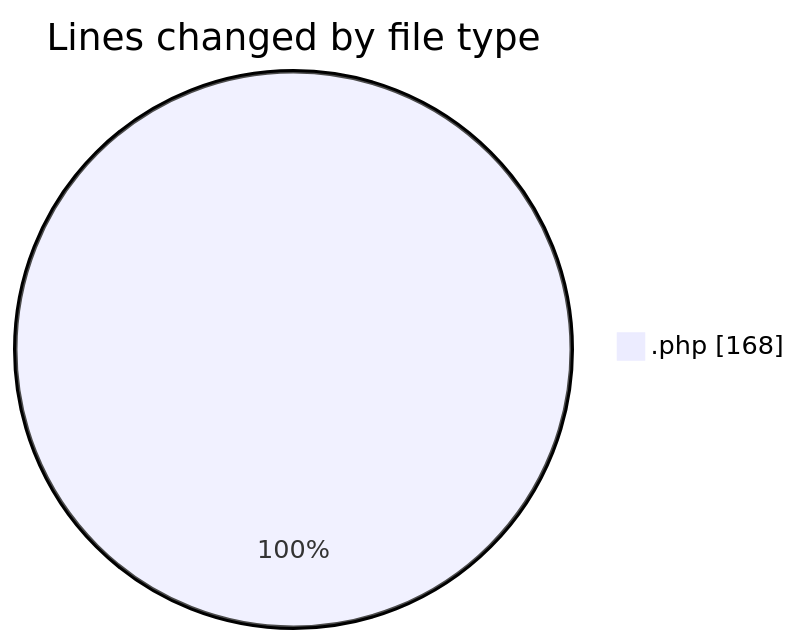
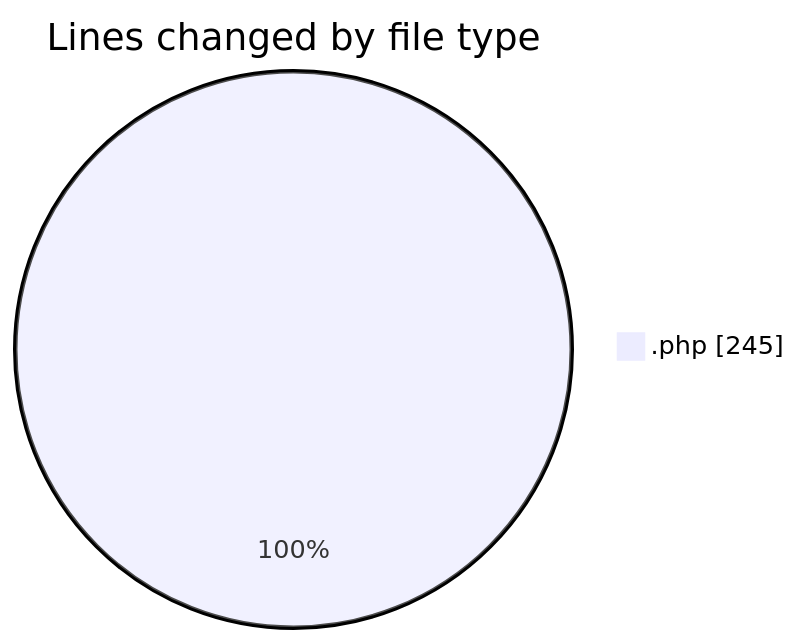
One commit to LanceThiago/code-tracking changed the first of 2 diagrams in 2026-10-27/jogo/README.md. Above: the diagram before and after it, drawn with Mermaid. The commit also changed other lines of this file and 1 other file, not shown here.

````diff
--- a/2026-10-27/jogo/README.md
+++ b/2026-10-27/jogo/README.md
@@ -21,5 +21,5 @@
 ```mermaid
 pie showData
 title Lines changed by file type
-".php" : 168
+".php" : 245
 ```
````
